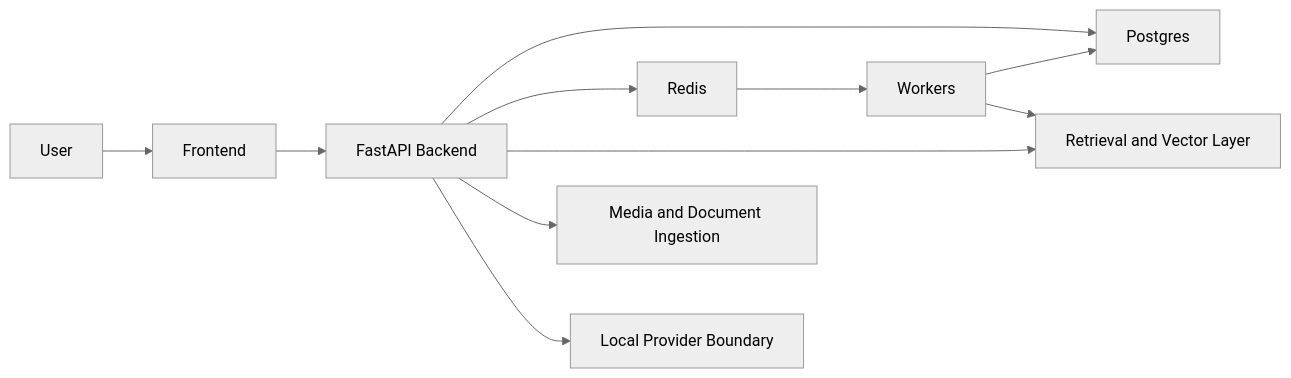
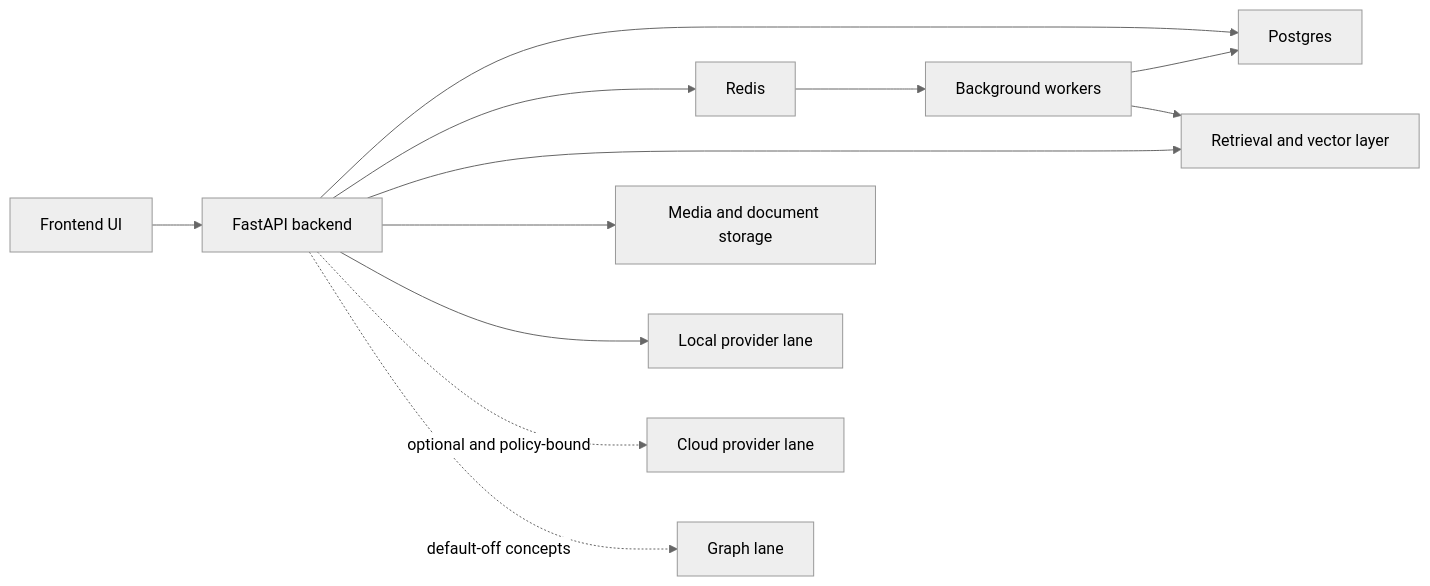
Before and after one commit to Resonant-Jones/Codexify: the diagram in docs/exports/codexify-space-source-kb/02-runtime-architecture-for-public-explanation.md, drawn with Mermaid (neutral theme). The commit also changed other lines of this file and 15 other files, not shown here.

Commit message:
Add Codexify.Space source architecture KB

````diff
--- a/docs/exports/codexify-space-source-kb/02-runtime-architecture-for-public-explanation.md
+++ b/docs/exports/codexify-space-source-kb/02-runtime-architecture-for-public-explanation.md
@@ -18,13 +22,14 @@
 ```mermaid
 flowchart LR
-    U["User"] --> F["Frontend"]
-    F --> B["FastAPI Backend"]
-    B --> P["Postgres"]
-    B --> R["Redis"]
-    B --> V["Retrieval and Vector Layer"]
-    B --> M["Media and Document Ingestion"]
-    R --> W["Workers"]
-    W --> P
-    W --> V
-    B --> L["Local Provider Boundary"]
+    UI["Frontend UI"] --> API["FastAPI backend"]
+    API --> PG["Postgres"]
+    API --> R["Redis"]
+    API --> VS["Retrieval and vector layer"]
+    API --> ST["Media and document storage"]
+    R --> W["Background workers"]
+    W --> PG
+    W --> VS
+    API --> LP["Local provider lane"]
+    API -. optional and policy-bound .-> CP["Cloud provider lane"]
+    API -. default-off concepts .-> G["Graph lane"]
 ```
````
